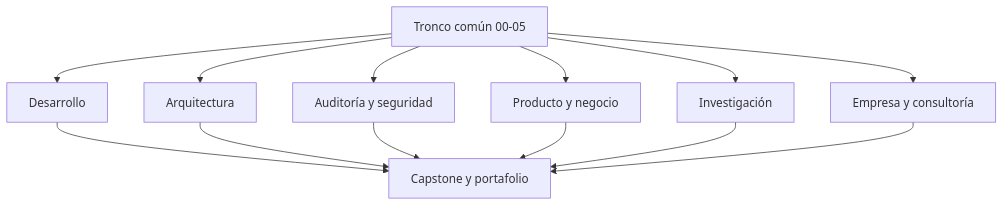
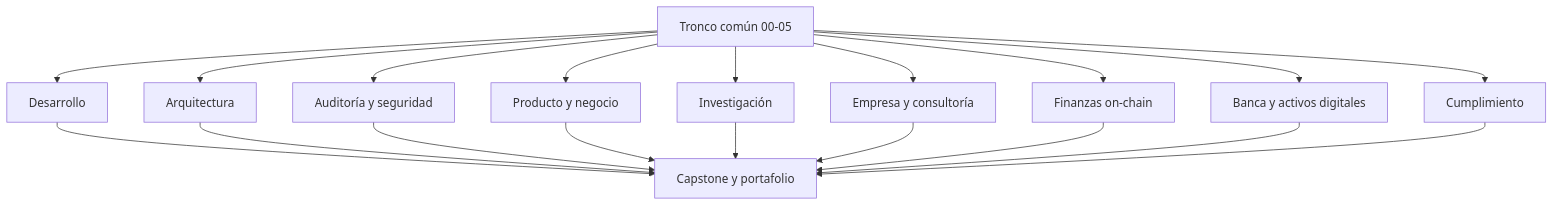
One commit to vladimiracunadev-create/blockchain-learning-path changed the diagram in learning-paths/README.md. Above: the diagram before and after it, drawn with Mermaid. The commit also changed other lines of this file and 87 other files, not shown here.

First line of the commit message:
feat: finanzas on-chain, institucional y regulación — 9 módulos nuevos (v0.9.0)

````diff
--- a/learning-paths/README.md
+++ b/learning-paths/README.md
@@ -5,15 +5,21 @@
 ```mermaid
 flowchart TD
   T["Tronco común 00-05"] --> D["Desarrollo"]
   T --> A["Arquitectura"]
   T --> S["Auditoría y seguridad"]
   T --> P["Producto y negocio"]
   T --> I["Investigación"]
   T --> E["Empresa y consultoría"]
+  T --> F["Finanzas on-chain"]
+  T --> K["Banca y activos digitales"]
+  T --> R["Cumplimiento"]
   D --> C["Capstone y portafolio"]
   A --> C
   S --> C
   P --> C
   I --> C
   E --> C
+  F --> C
+  K --> C
+  R --> C
 ```
````
